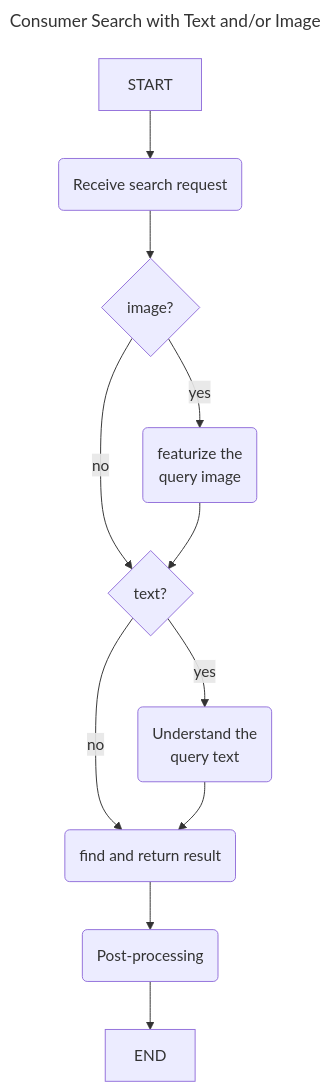
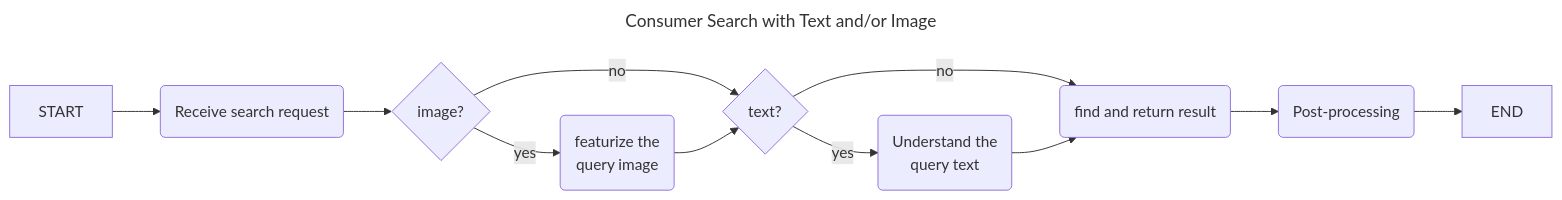
The diagram in 1_1_Multi-Search_text_and_image.md (zchangvs/diagram), drawn with Mermaid before and after one commit.

````diff
--- a/1_1_Multi-Search_text_and_image.md
+++ b/1_1_Multi-Search_text_and_image.md
@@ -1,21 +1,21 @@
 ```mermaid
 ---
 title: Consumer Search with Text and/or Image
 ---
-flowchart TD
+flowchart LR
     ST[START]--> RSR(Receive search request)
     RSR --> IQ{image?}
     IQ--> |yes| FI(featurize the<br>query image)
     IQ --> |no| TQ{text?}
     FI --> TQ 
     TQ --> |yes| D1(Understand the<br>query text)
     TQ --> |no| E1(find and return result)
     D1 --> E1
 %%    D1 --> E1(search for<br>candidates)
 %%    E1 --> E2(Rerank & filter logic)
     E1 --> F(Post-processing)
 %%    F --> G(update statistics)
     F --> END[END] 
 
 
 ```
````
